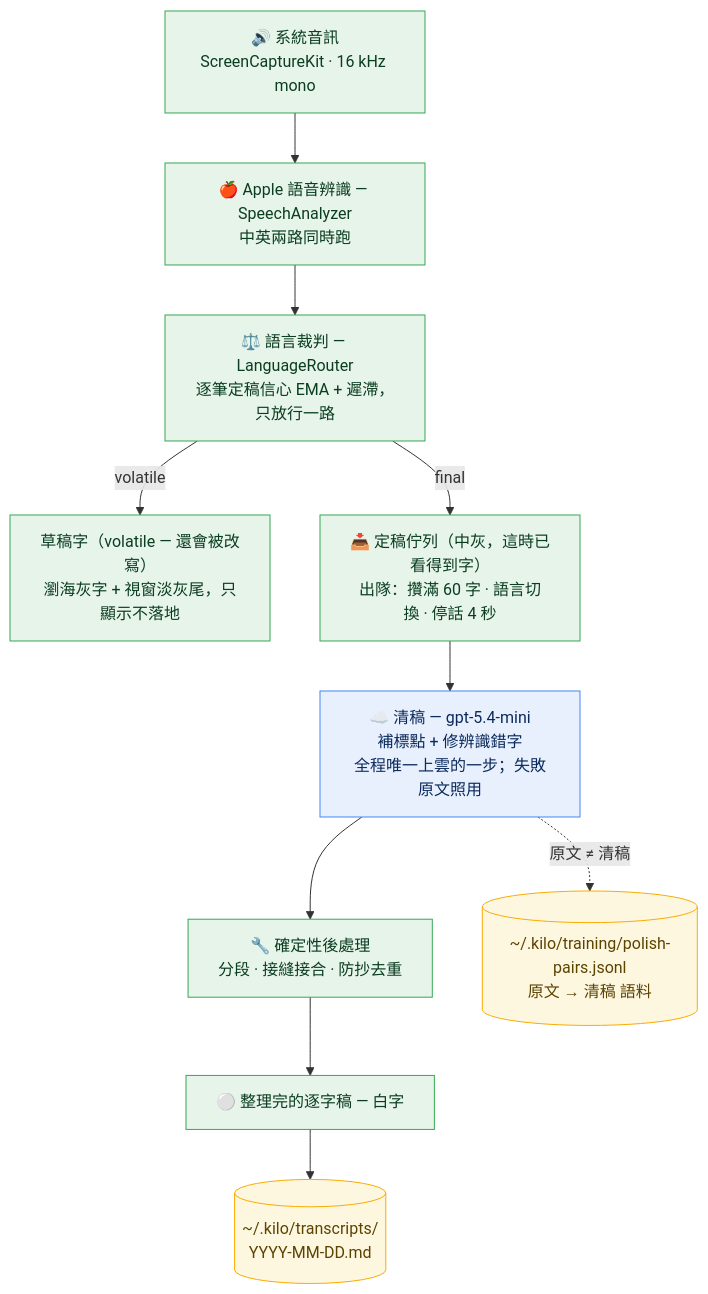
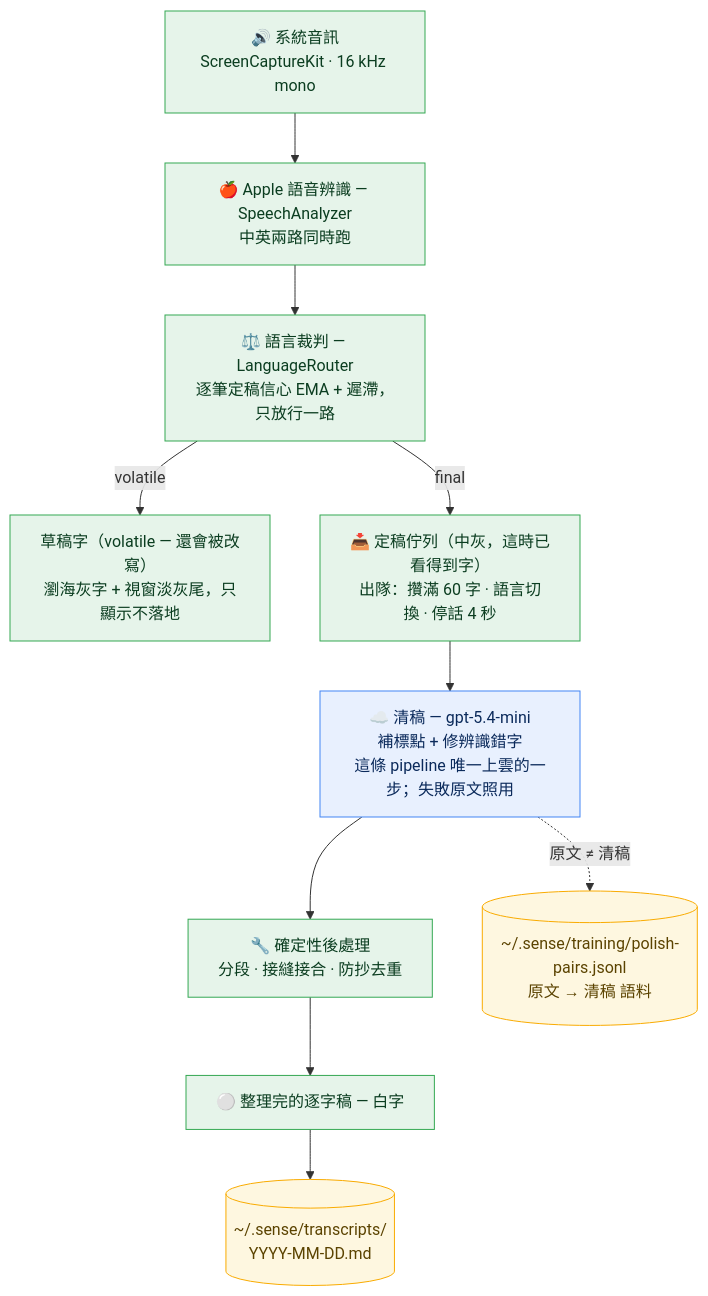
The second of 2 diagrams in README.zh-TW.md (zyx1121/sense), drawn with Mermaid before and after one commit. The commit also changed other lines of this file and 44 other files, not shown here.

First line of the commit message:
refactor: rebrand kilo-sense → Sense, swap codex runtime for Claude Code (#107)

````diff
--- a/README.zh-TW.md
+++ b/README.zh-TW.md
@@ -67,27 +67,27 @@
 ```mermaid
 flowchart TD
     audio["🔊 系統音訊<br/>ScreenCaptureKit · 16 kHz mono"]
     asr["🍎 Apple 語音辨識 — SpeechAnalyzer<br/>中英兩路同時跑"]
     router["⚖️ 語言裁判 — LanguageRouter<br/>逐筆定稿信心 EMA + 遲滯，只放行一路"]
     draft["草稿字（volatile — 還會被改寫）<br/>瀏海灰字 + 視窗淡灰尾，只顯示不落地"]
     queue["📥 定稿佇列（中灰，這時已看得到字）<br/>出隊：攢滿 60 字 · 語言切換 · 停話 4 秒"]
-    polish["☁️ 清稿 — gpt-5.4-mini<br/>補標點 + 修辨識錯字<br/>全程唯一上雲的一步；失敗原文照用"]
+    polish["☁️ 清稿 — gpt-5.4-mini<br/>補標點 + 修辨識錯字<br/>這條 pipeline 唯一上雲的一步；失敗原文照用"]
     post["🔧 確定性後處理<br/>分段 · 接縫接合 · 防抄去重"]
     white["⚪ 整理完的逐字稿 — 白字"]
-    archive[("~/.kilo/transcripts/<br/>YYYY-MM-DD.md")]
-    pairs[("~/.kilo/training/polish-pairs.jsonl<br/>原文 → 清稿 語料")]
+    archive[("~/.sense/transcripts/<br/>YYYY-MM-DD.md")]
+    pairs[("~/.sense/training/polish-pairs.jsonl<br/>原文 → 清稿 語料")]
 
     audio --> asr --> router
     router -->|volatile| draft
     router -->|final| queue
     queue --> polish --> post --> white
     white --> archive
     polish -.->|原文 ≠ 清稿| pairs
 
     classDef device fill:#e6f4ea,stroke:#34a853,color:#0b3d20;
     classDef cloud fill:#e8f0fe,stroke:#4285f4,color:#0b2a5b;
     classDef store fill:#fef7e0,stroke:#f9ab00,color:#5b4300;
     class audio,asr,router,draft,queue,post,white device;
     class polish cloud;
     class archive,pairs store;
 ```
````
